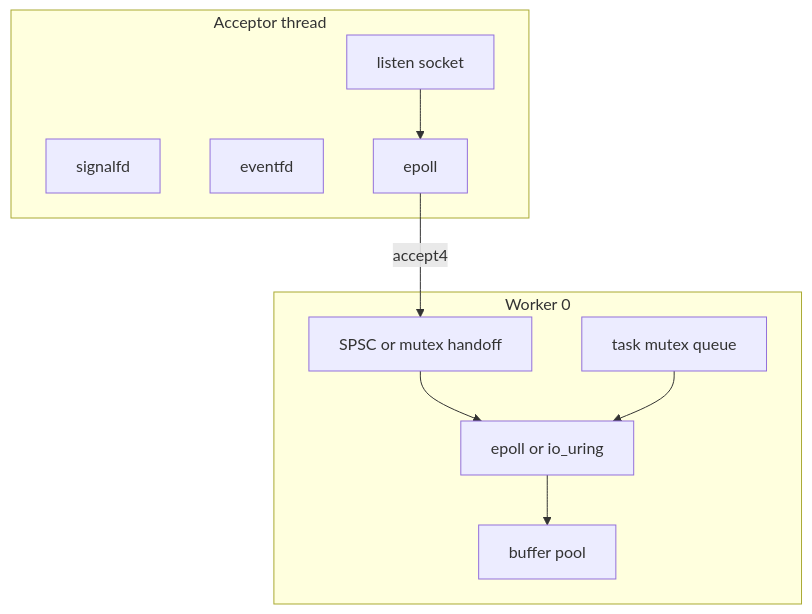
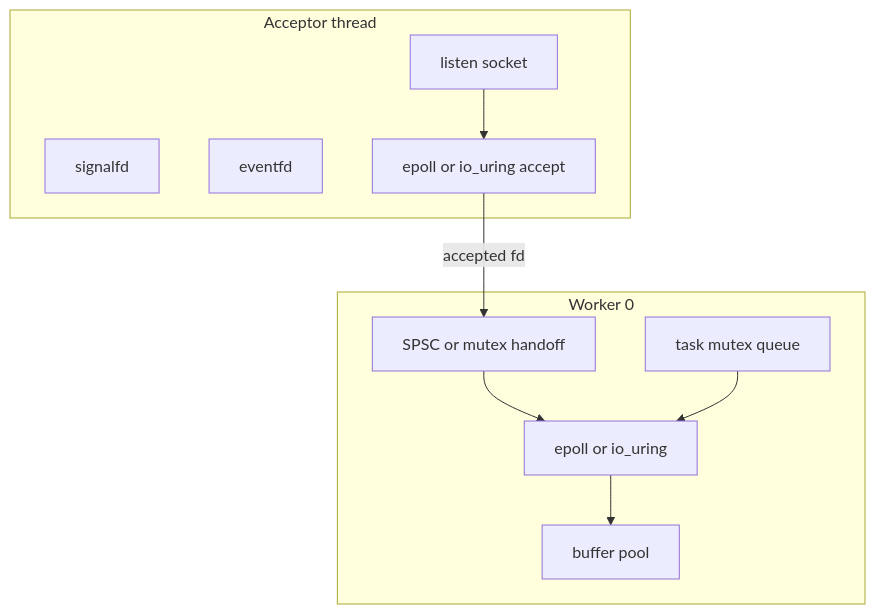
Before and after one commit to dkolancs/FluxNet: the diagram in docs/architecture.md, drawn with Mermaid. The commit also changed 9 other files, not shown here.

````diff
--- a/docs/architecture.md
+++ b/docs/architecture.md
@@ -5,20 +5,20 @@
 ```mermaid
 flowchart TB
   subgraph acceptor [Acceptor thread]
     listen[listen socket]
     sig[signalfd]
     wakeA[eventfd]
-    epA[epoll]
+    epA[epoll or io_uring accept]
   end
   subgraph w0 [Worker 0]
     q0[SPSC or mutex handoff]
     t0[task mutex queue]
     r0[epoll or io_uring]
     p0[buffer pool]
   end
   listen --> epA
-  epA -->|accept4| q0
+  epA -->|accepted fd| q0
   q0 --> r0
   t0 --> r0
   r0 --> p0
 ```
````
